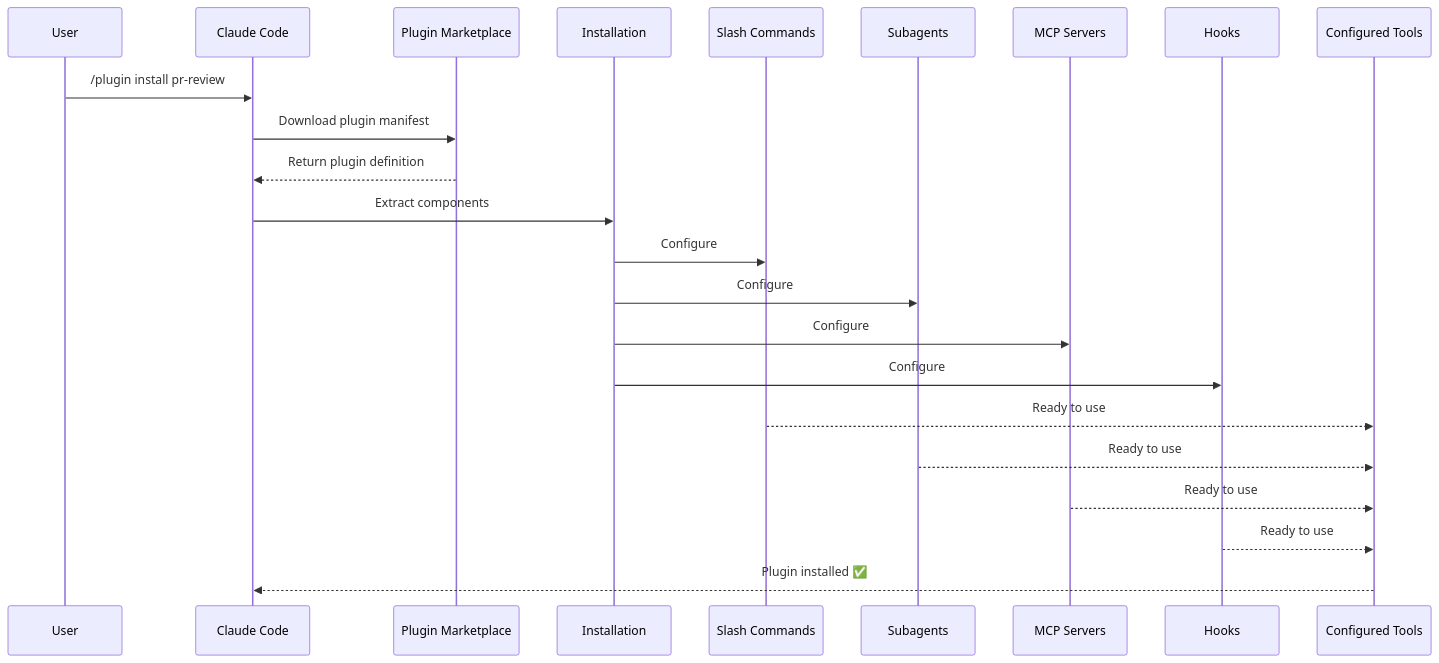
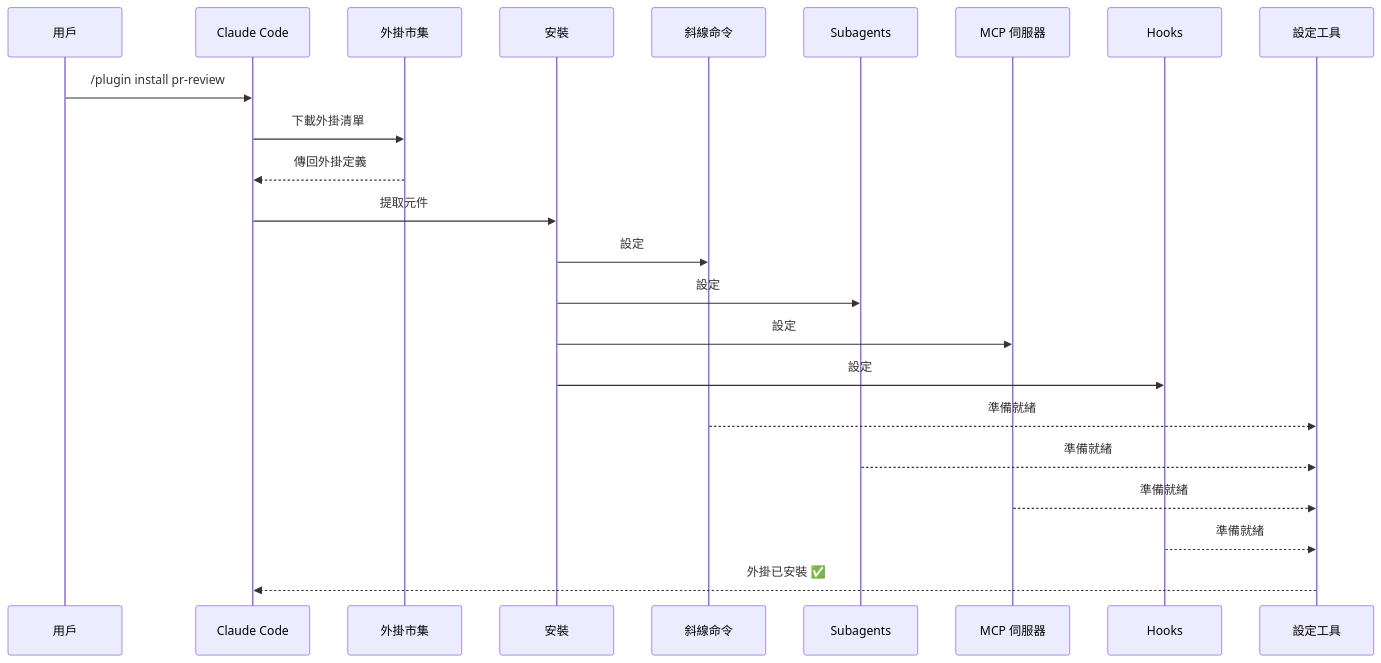
Before and after one commit to huckly/claude-howto-zh-tw: the second of 5 diagrams in 07-plugins/README.md, drawn with Mermaid. The commit also changed other lines of this file, not shown here.

````diff
--- a/07-plugins/README.md
+++ b/07-plugins/README.md
@@ -34,26 +29,26 @@
 ```mermaid
 sequenceDiagram
-    participant User
+    participant 用戶
     participant Claude as Claude Code
-    participant Plugin as Plugin Marketplace
-    participant Install as Installation
-    participant SlashCmds as Slash Commands
+    participant 外掛 as 外掛市集
+    participant 安裝 as 安裝
+    participant SlashCmds as 斜線命令
     participant Subagents
-    participant MCPServers as MCP Servers
+    participant MCPServers as MCP 伺服器
     participant Hooks
-    participant Tools as Configured Tools
+    participant Tools as 設定工具
 
-    User->>Claude: /plugin install pr-review
-    Claude->>Plugin: Download plugin manifest
-    Plugin-->>Claude: Return plugin definition
-    Claude->>Install: Extract components
-    Install->>SlashCmds: Configure
-    Install->>Subagents: Configure
-    Install->>MCPServers: Configure
-    Install->>Hooks: Configure
-    SlashCmds-->>Tools: Ready to use
-    Subagents-->>Tools: Ready to use
-    MCPServers-->>Tools: Ready to use
-    Hooks-->>Tools: Ready to use
-    Tools-->>Claude: Plugin installed ✅
+    用戶->>Claude: /plugin install pr-review
+    Claude->>外掛: 下載外掛清單
+    外掛-->>Claude: 傳回外掛定義
+    Claude->>安裝: 提取元件
+    安裝->>SlashCmds: 設定
+    安裝->>Subagents: 設定
+    安裝->>MCPServers: 設定
+    安裝->>Hooks: 設定
+    SlashCmds-->>Tools: 準備就緒
+    Subagents-->>Tools: 準備就緒
+    MCPServers-->>Tools: 準備就緒
+    Hooks-->>Tools: 準備就緒
+    Tools-->>Claude: 外掛已安裝 ✅
 ```
````
